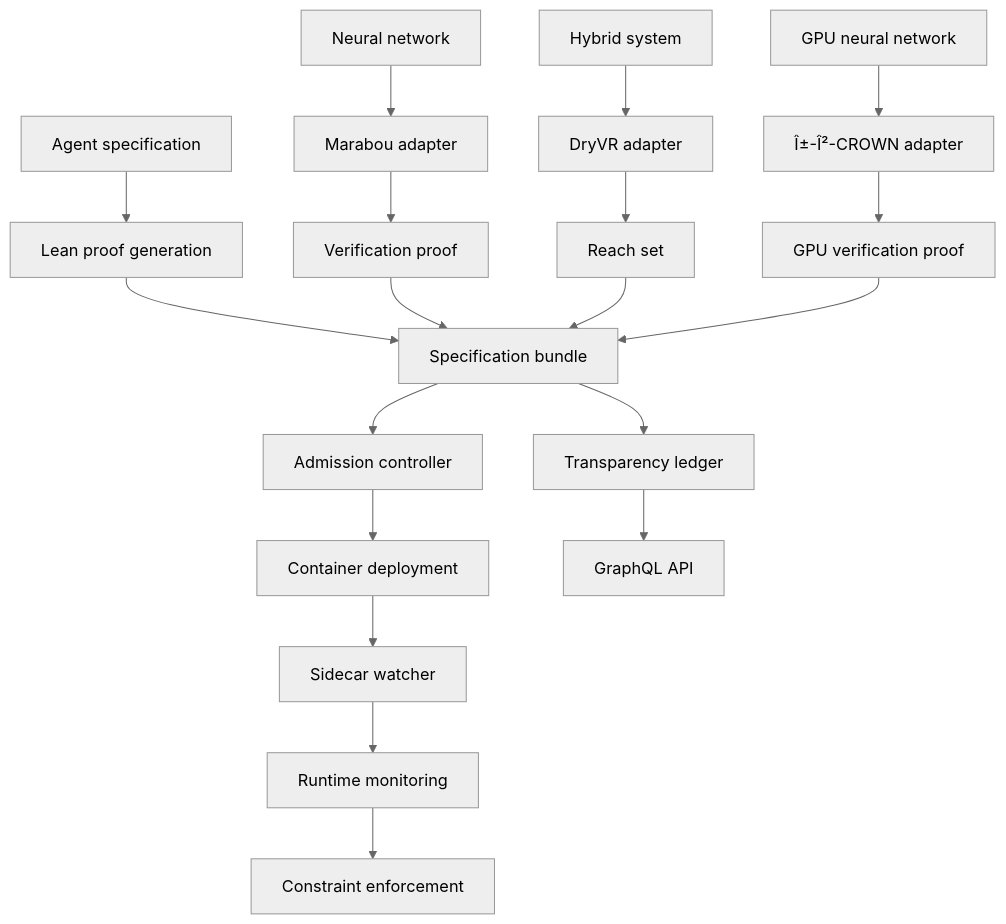
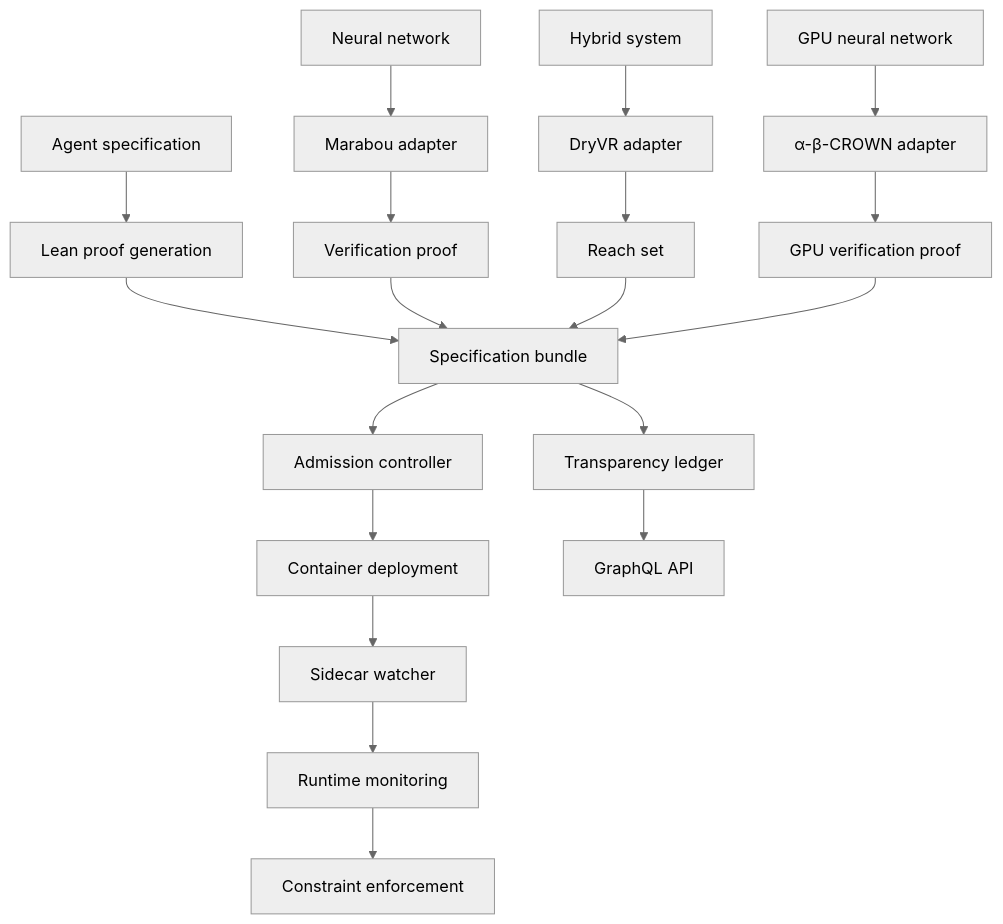
Before and after one commit to SentinelOps-CI/provability-fabric: the diagram in README.md, drawn with Mermaid (neutral theme). The commit also changed other lines of this file and 18 other files, not shown here.

````diff
--- a/README.md
+++ b/README.md
@@ -216,25 +213,25 @@
 ```mermaid
 flowchart TD
     A[Agent specification] --> B[Lean proof generation]
     B --> C[Specification bundle]
     C --> D[Admission controller]
     D --> E[Container deployment]
     E --> F[Sidecar watcher]
     F --> G[Runtime monitoring]
     G --> H[Constraint enforcement]
 
     I[Neural network] --> J[Marabou adapter]
     J --> K[Verification proof]
     K --> C
 
     L[Hybrid system] --> M[DryVR adapter]
     M --> N[Reach set]
     N --> C
 
-    GNN[GPU neural network] --> ABC["Î±-Î²-CROWN adapter"]
+    GNN[GPU neural network] --> ABC["α-β-CROWN adapter"]
     ABC --> GPUP[GPU verification proof]
     GPUP --> C
 
     C --> TL[Transparency ledger]
     TL --> GQL[GraphQL API]
 ```
````
